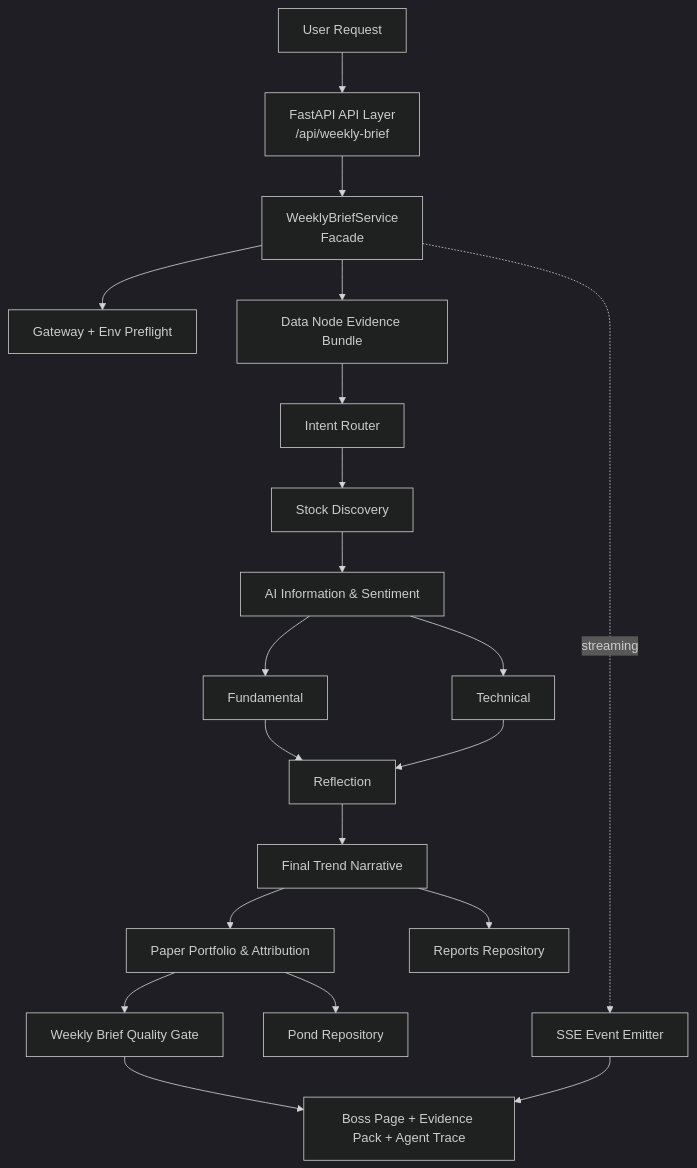
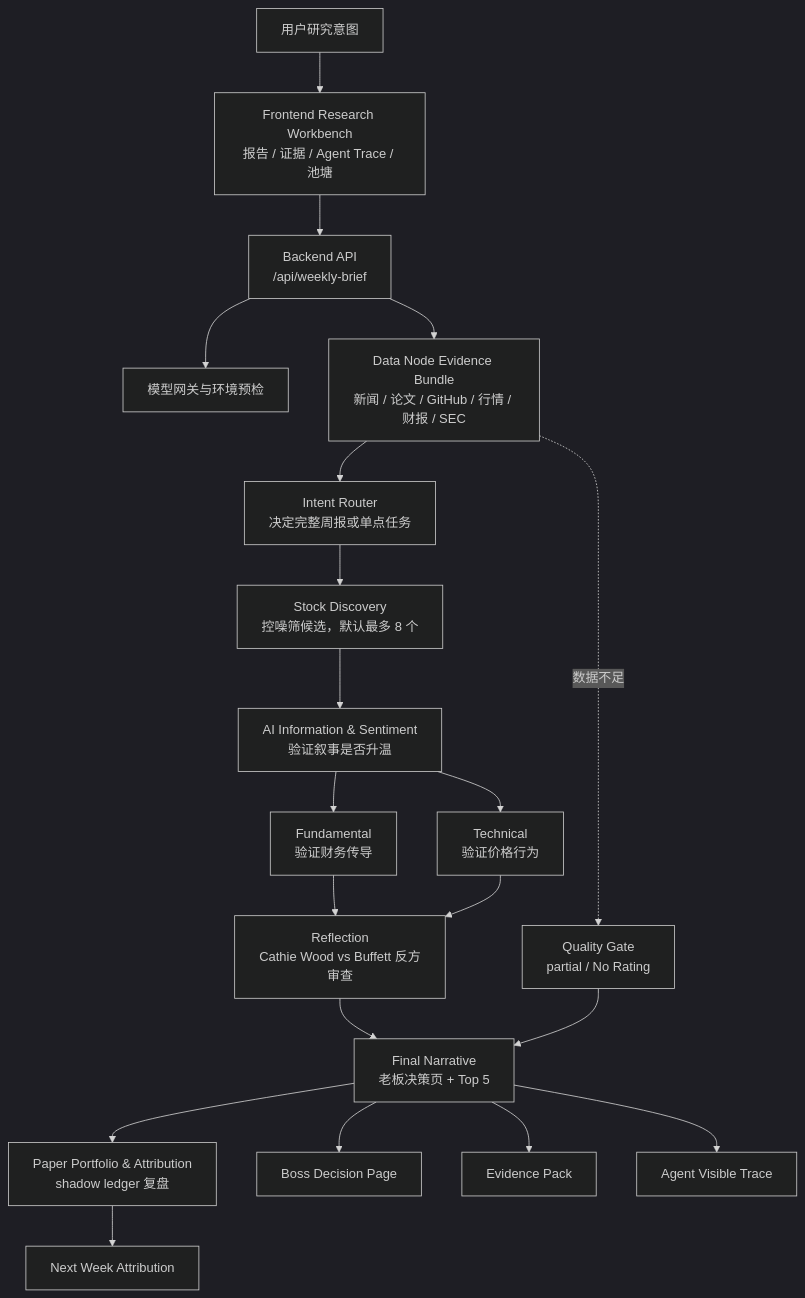
One commit to berylinureye/ai-us-stock-research-agency changed the diagram in README.md. Above: the diagram before and after it, drawn with Mermaid (dark theme). The commit also changed other lines of this file and 1 other file, not shown here.

Commit message:
docs: simplify GitHub project docs

````diff
--- a/README.md
+++ b/README.md
@@ -163,22 +26,25 @@
 ```mermaid
 flowchart TD
-    U["User Request"] --> API["FastAPI API Layer<br/>/api/weekly-brief"]
-    API --> W["WeeklyBriefService<br/>Facade"]
-    W --> PRE["Gateway + Env Preflight"]
-    W --> DATA["Data Node Evidence Bundle"]
-    DATA --> R["Intent Router"]
-    R --> D["Stock Discovery"]
-    D --> I["AI Information & Sentiment"]
-    I --> F["Fundamental"]
-    I --> T["Technical"]
-    F --> X["Reflection"]
+    U["用户研究意图"] --> FE["Frontend Research Workbench<br/>报告 / 证据 / Agent Trace / 池塘"]
+    FE --> API["Backend API<br/>/api/weekly-brief"]
+    API --> PRE["模型网关与环境预检"]
+    API --> DATA["Data Node Evidence Bundle<br/>新闻 / 论文 / GitHub / 行情 / 财报 / SEC"]
+
+    DATA --> R["Intent Router<br/>决定完整周报或单点任务"]
+    R --> S["Stock Discovery<br/>控噪筛候选，默认最多 8 个"]
+    S --> I["AI Information & Sentiment<br/>验证叙事是否升温"]
+    I --> F["Fundamental<br/>验证财务传导"]
+    I --> T["Technical<br/>验证价格行为"]
+    F --> X["Reflection<br/>Cathie Wood vs Buffett 反方审查"]
     T --> X
-    X --> C["Final Trend Narrative"]
-    C --> P["Paper Portfolio & Attribution"]
-    P --> Q["Weekly Brief Quality Gate"]
-    Q --> OUT["Boss Page + Evidence Pack + Agent Trace"]
-    C --> HIST["Reports Repository"]
-    P --> POND["Pond Repository"]
-    W -.streaming.-> SSE["SSE Event Emitter"]
-    SSE --> OUT
+    X --> C["Final Narrative<br/>老板决策页 + Top 5"]
+    C --> P["Paper Portfolio & Attribution<br/>shadow ledger 复盘"]
+
+    C --> O1["Boss Decision Page"]
+    C --> O2["Evidence Pack"]
+    C --> O3["Agent Visible Trace"]
+    P --> O4["Next Week Attribution"]
+
+    DATA -.数据不足.-> G["Quality Gate<br/>partial / No Rating"]
+    G --> C
 ```
````
